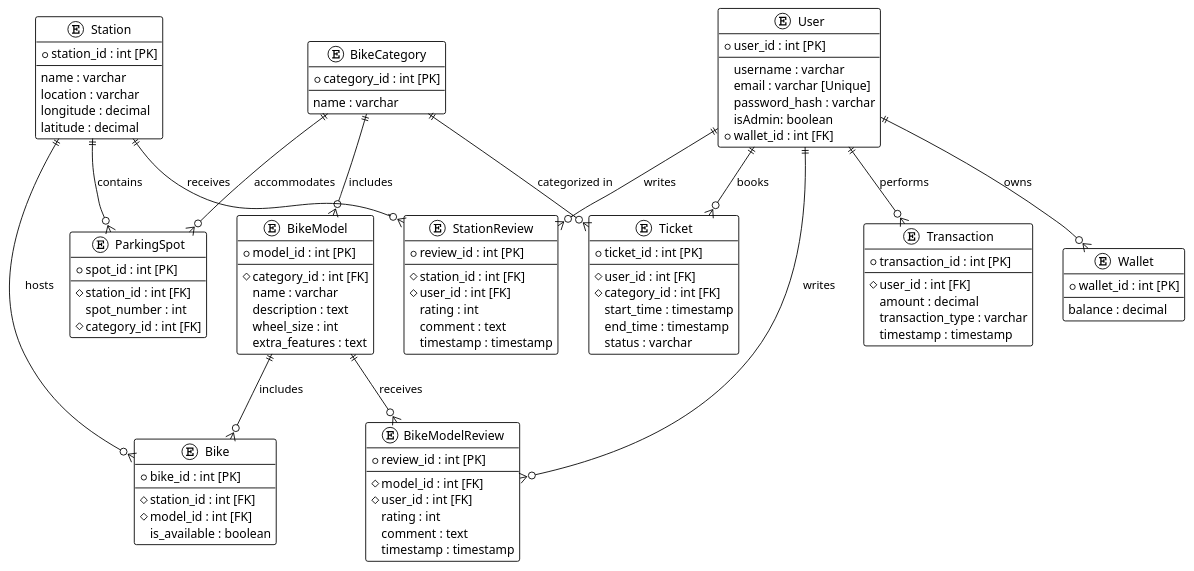
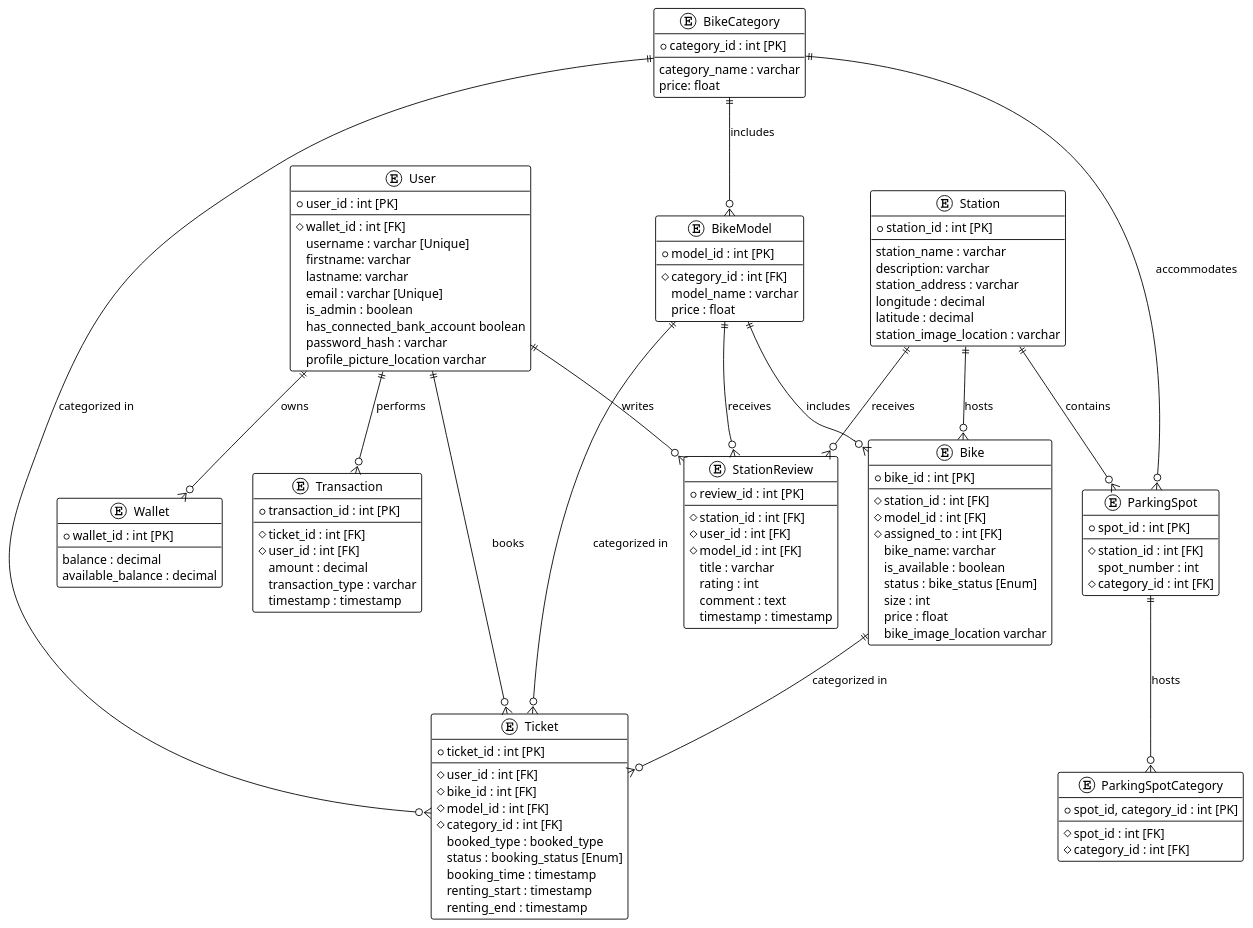
Before and after one commit to uni-aau/web-project: the diagram in database.puml, drawn with PlantUML. The commit also changed 1 other file, not shown here.

```diff
--- a/database.puml
+++ b/database.puml
@@ -1,114 +1,132 @@
 @startuml
 !theme plain
 
 entity "User" {
   +user_id : int [PK]
   --
-  username : varchar
+  #wallet_id : int [FK]
+  username : varchar [Unique]
+  firstname: varchar
+  lastname: varchar
   email : varchar [Unique]
+  is_admin : boolean
+  has_connected_bank_account boolean
   password_hash : varchar
-  isAdmin: boolean
-  +wallet_id : int [FK]
+  profile_picture_location varchar
 }
 
 entity "Wallet" {
   +wallet_id : int [PK]
   --
   balance : decimal
+  available_balance : decimal
 }
 
 entity "Station" {
   +station_id : int [PK]
   --
-  name : varchar
-  location : varchar
+  station_name : varchar
+  description: varchar
+  station_address : varchar
   longitude : decimal
   latitude : decimal
+  station_image_location : varchar
 }
 
 entity "BikeCategory" {
   +category_id : int [PK]
   --
-  name : varchar
+  category_name : varchar
+  price: float
 }
 
 entity "BikeModel" {
   +model_id : int [PK]
   --
   #category_id : int [FK]
-  name : varchar
-  description : text
-  wheel_size : int
-  extra_features : text
+  model_name : varchar
+  price : float
 }
 
 entity "Bike" {
   +bike_id : int [PK]
   --
   #station_id : int [FK]
   #model_id : int [FK]
+  #assigned_to : int [FK]
+  bike_name: varchar
   is_available : boolean
-}
-
-entity "Ticket" {
-  +ticket_id : int [PK]
-  --
-  #user_id : int [FK]
-  #category_id : int [FK]
-  start_time : timestamp
-  end_time : timestamp
-  status : varchar
-}
-
-entity "Transaction" {
-  +transaction_id : int [PK]
-  --
-  #user_id : int [FK]
-  amount : decimal
-  transaction_type : varchar
-  timestamp : timestamp
+  status : bike_status [Enum]
+  size : int
+  price : float
+  bike_image_location varchar
 }
 
 entity "ParkingSpot" {
   +spot_id : int [PK]
   --
   #station_id : int [FK]
   spot_number : int
   #category_id : int [FK]
 }
 
+entity "ParkingSpotCategory" {
+  +spot_id, category_id : int [PK]
+  --
+  #spot_id : int [FK]
+  #category_id : int [FK]
+}
+
+entity "Ticket" {
+  +ticket_id : int [PK]
+  --
+  #user_id : int [FK]
+  #bike_id : int [FK]
+  #model_id : int [FK]
+  #category_id : int [FK]
+  booked_type : booked_type
+  status : booking_status [Enum]
+  booking_time : timestamp
+  renting_start : timestamp
+  renting_end : timestamp
+}
+
+entity "Transaction" {
+  +transaction_id : int [PK]
+  --
+  #ticket_id : int [FK]
+  #user_id : int [FK]
+  amount : decimal
+  transaction_type : varchar
+  timestamp : timestamp
+}
+
 entity "StationReview" {
   +review_id : int [PK]
   --
   #station_id : int [FK]
   #user_id : int [FK]
-  rating : int
-  comment : text
-  timestamp : timestamp
-}
-
-entity "BikeModelReview" {
-  +review_id : int [PK]
-  --
   #model_id : int [FK]
-  #user_id : int [FK]
+  title : varchar
   rating : int
   comment : text
   timestamp : timestamp
 }
 
 User ||--o{ Wallet : "owns"
 User ||--o{ Ticket : "books"
 User ||--o{ Transaction : "performs"
 User ||--o{ StationReview : "writes"
-User ||--o{ BikeModelReview : "writes"
 Station ||--o{ Bike : "hosts"
 Station ||--o{ StationReview : "receives"
 Station ||--o{ ParkingSpot : "contains"
 BikeCategory ||--o{ BikeModel : "includes"
 BikeModel ||--o{ Bike : "includes"
-BikeModel ||--o{ BikeModelReview : "receives"
+BikeModel ||--o{ StationReview : "receives"
 BikeCategory ||--o{ Ticket : "categorized in"
+BikeModel ||--o{ Ticket : "categorized in"
+Bike ||--o{ Ticket : "categorized in"
 BikeCategory ||--o{ ParkingSpot : "accommodates"
+ParkingSpot ||--o{ ParkingSpotCategory : "hosts"
 
 @enduml
```
